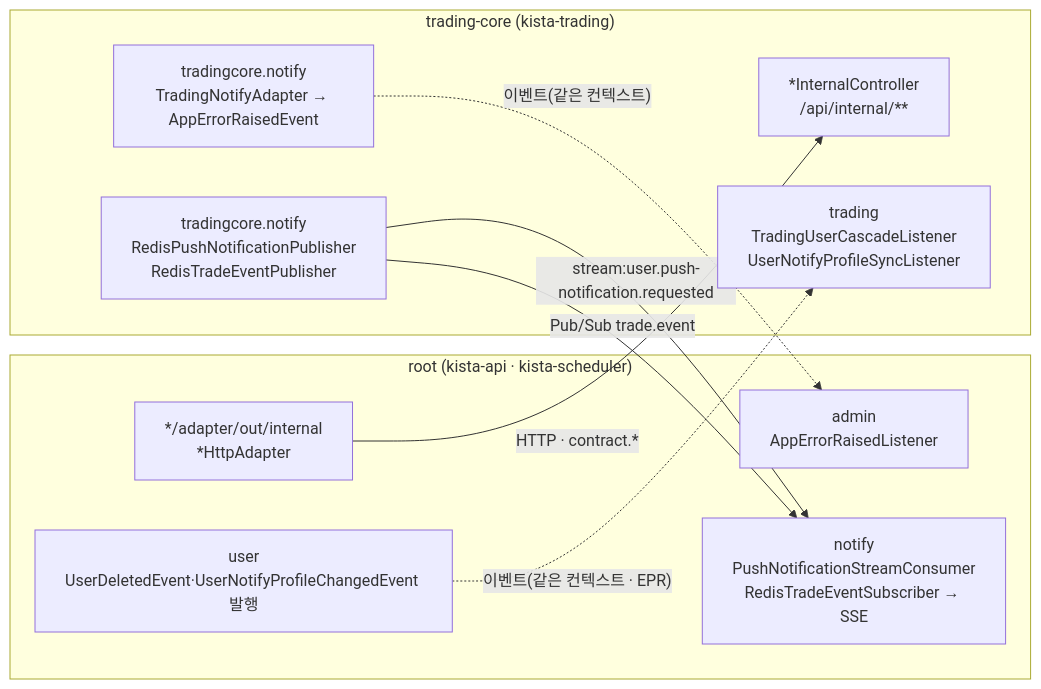
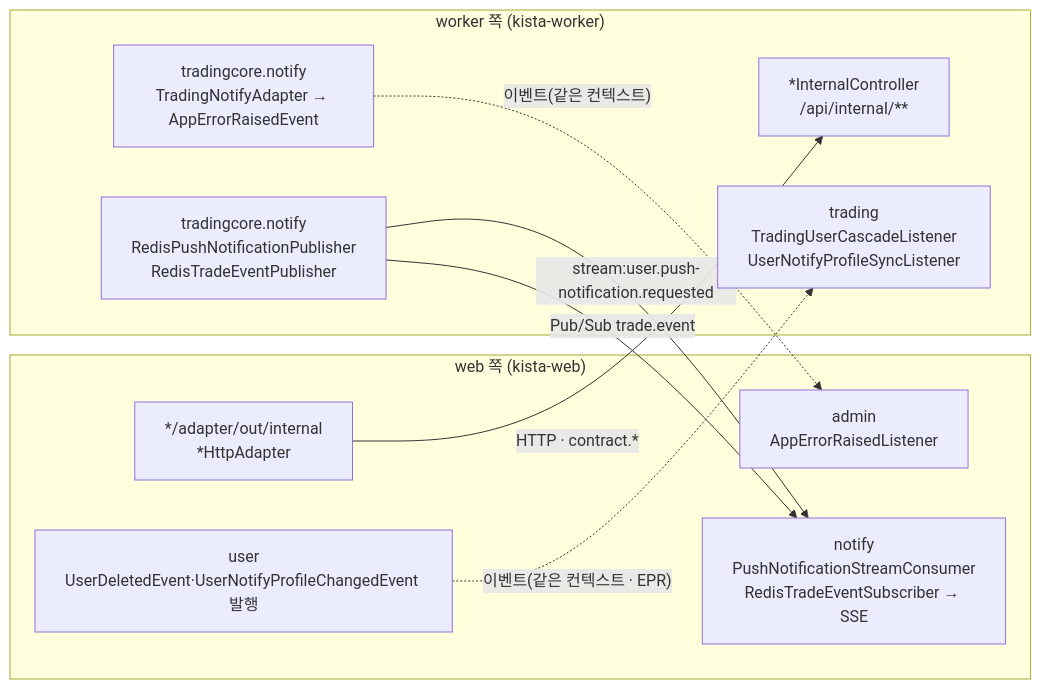
One commit to narafu/kista-api changed the fifth of 5 diagrams in docs/architecture-map.md. Above: the diagram before and after it, drawn with Mermaid. The commit also changed other lines of this file and 20 other files, not shown here.

````diff
--- a/docs/architecture-map.md
+++ b/docs/architecture-map.md
@@ -192,22 +186,22 @@
 ```mermaid
 flowchart LR
-    subgraph root["root (kista-api · kista-scheduler)"]
+    subgraph root["web 쪽 (kista-web)"]
         rOut["*/adapter/out/internal<br/>*HttpAdapter"]
         rUser["user<br/>UserDeletedEvent·UserNotifyProfileChangedEvent 발행"]
         rAdmin["admin<br/>AppErrorRaisedListener"]
         rNotify["notify<br/>PushNotificationStreamConsumer<br/>RedisTradeEventSubscriber → SSE"]
     end
 
-    subgraph tc["trading-core (kista-trading)"]
+    subgraph tc["worker 쪽 (kista-worker)"]
         tIn["*InternalController<br/>/api/internal/**"]
         tUser["trading<br/>TradingUserCascadeListener<br/>UserNotifyProfileSyncListener"]
         tErr["tradingcore.notify<br/>TradingNotifyAdapter → AppErrorRaisedEvent"]
         tNotify["tradingcore.notify<br/>RedisPushNotificationPublisher<br/>RedisTradeEventPublisher"]
     end
 
     rOut -->|"HTTP · contract.*"| tIn
     rUser -.->|"이벤트(같은 컨텍스트 · EPR)"| tUser
     tErr -.->|"이벤트(같은 컨텍스트)"| rAdmin
     tNotify -->|"stream:user.push-notification.requested"| rNotify
     tNotify -->|"Pub/Sub trade.event"| rNotify
 ```
````
